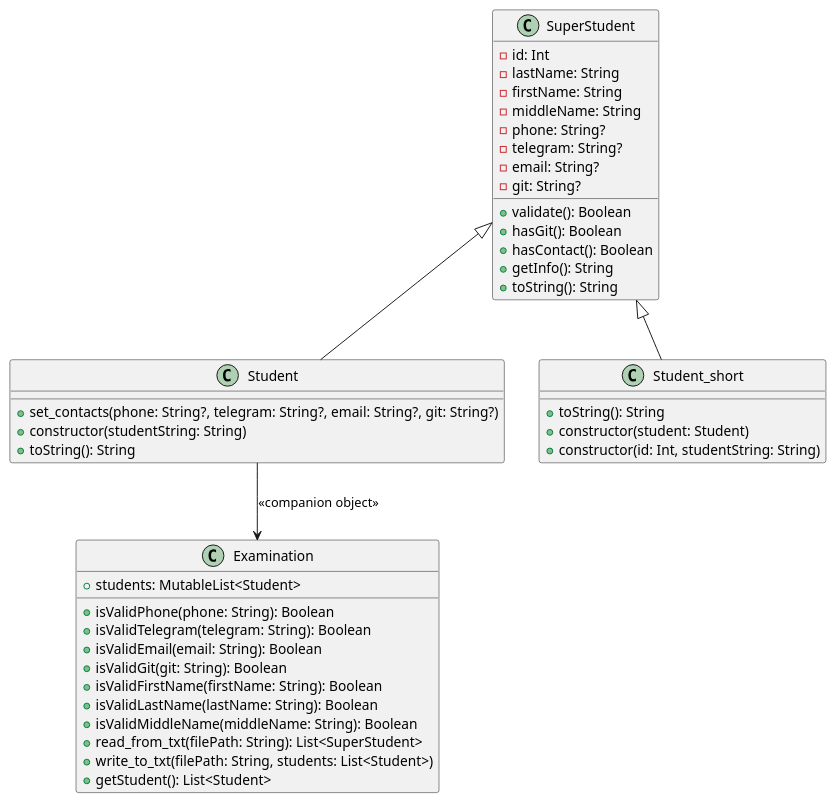
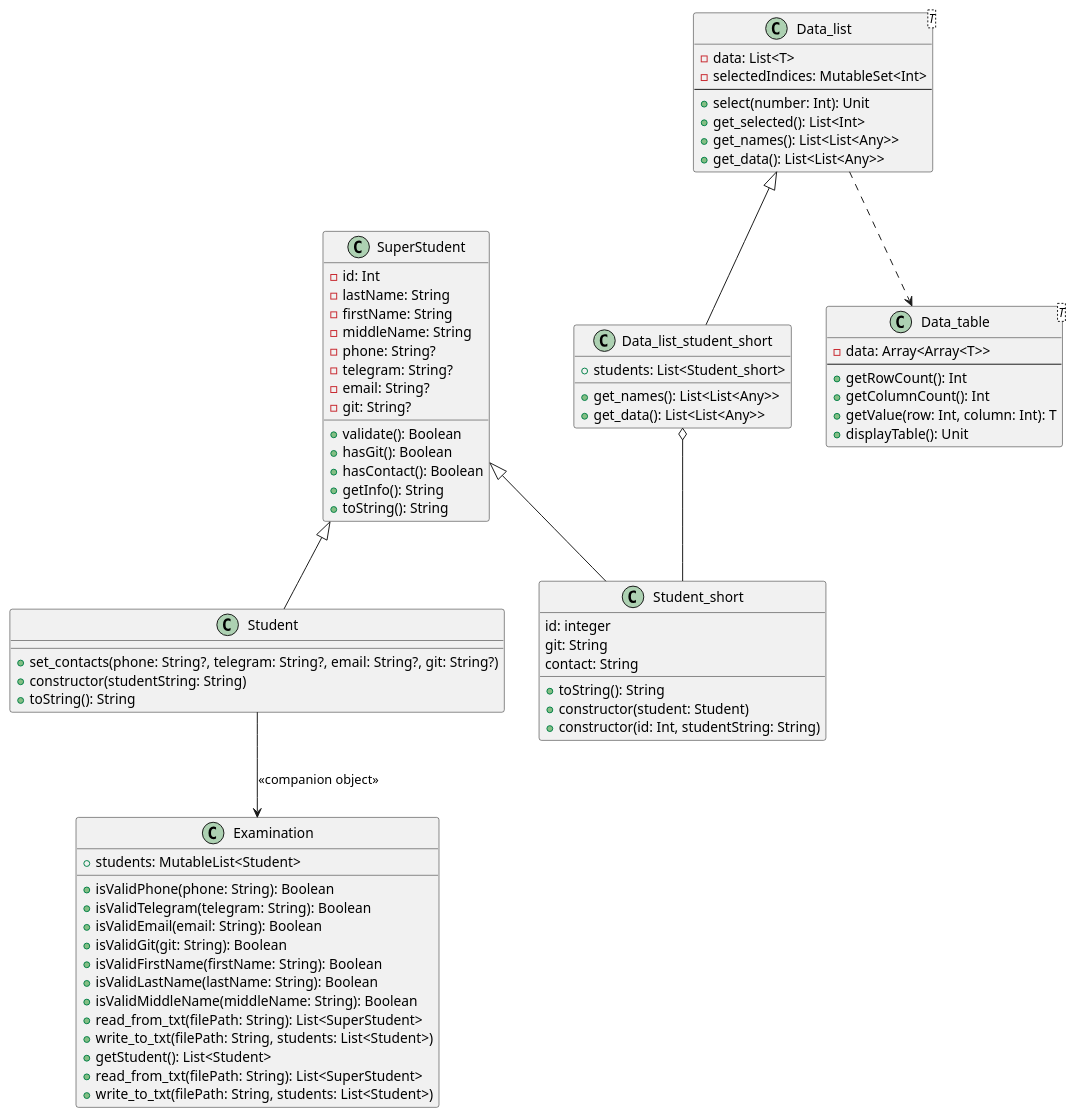
The diagram in LR2 Reading Class models/UML.puml (Sc00taloo/Pattern), drawn with PlantUML before and after one commit.

Commit message:
Task 2.9 - Отметить указанные классы в диаграмме классов

```diff
--- a/LR2 Reading Class models/UML.puml
+++ b/LR2 Reading Class models/UML.puml
@@ -1,47 +1,81 @@
 @startuml
 class SuperStudent {
-        - id: Int
-        - lastName: String
-        - firstName: String
-        - middleName: String
-        - phone: String?
-        - telegram: String?
-        - email: String?
-        - git: String?
+    - id: Int
+    - lastName: String
+    - firstName: String
+    - middleName: String
+    - phone: String?
+    - telegram: String?
+    - email: String?
+    - git: String?
 
-        + validate(): Boolean
-        + hasGit(): Boolean
-        + hasContact(): Boolean
-        + getInfo(): String
-        + toString(): String
+    + validate(): Boolean
+    + hasGit(): Boolean
+    + hasContact(): Boolean
+    + getInfo(): String
+    + toString(): String
 }
 
-    class Student {
-        + set_contacts(phone: String?, telegram: String?, email: String?, git: String?)
-        + constructor(studentString: String)
-        + toString(): String
-    }
+class Student {
+    + set_contacts(phone: String?, telegram: String?, email: String?, git: String?)
+    + constructor(studentString: String)
+    + toString(): String
+}
 
-    class Student_short {
-        + toString(): String
-        + constructor(student: Student)
-        + constructor(id: Int, studentString: String)
-    }
+class Student_short {
+    id: integer
+    git: String
+    contact: String
+    + toString(): String
+    + constructor(student: Student)
+    + constructor(id: Int, studentString: String)
+}
 
-    class Examination {
-        + students: MutableList<Student>
-        + isValidPhone(phone: String): Boolean
-        + isValidTelegram(telegram: String): Boolean
-        + isValidEmail(email: String): Boolean
-        + isValidGit(git: String): Boolean
-        + isValidFirstName(firstName: String): Boolean
-        + isValidLastName(lastName: String): Boolean
-        + isValidMiddleName(middleName: String): Boolean
-        + read_from_txt(filePath: String): List<SuperStudent>
-        + write_to_txt(filePath: String, students: List<Student>)
-        + getStudent(): List<Student>
-    }
+class Data_list<T> {
+    - data: List<T>
+    - selectedIndices: MutableSet<Int>
+--
+    + select(number: Int): Unit
+    + get_selected(): List<Int>
+    + get_names(): List<List<Any>>
+    + get_data(): List<List<Any>>
+}
+
+class Data_list_student_short {
+    + students: List<Student_short>
+    + get_names(): List<List<Any>>
+    + get_data(): List<List<Any>>
+}
+
+class Data_table<T> {
+    - data: Array<Array<T>>
+--
+    + getRowCount(): Int
+    + getColumnCount(): Int
+    + getValue(row: Int, column: Int): T
+    + displayTable(): Unit
+}
+
+class Examination {
+    + students: MutableList<Student>
+    + isValidPhone(phone: String): Boolean
+    + isValidTelegram(telegram: String): Boolean
+    + isValidEmail(email: String): Boolean
+    + isValidGit(git: String): Boolean
+    + isValidFirstName(firstName: String): Boolean
+    + isValidLastName(lastName: String): Boolean
+    + isValidMiddleName(middleName: String): Boolean
+    + read_from_txt(filePath: String): List<SuperStudent>
+    + write_to_txt(filePath: String, students: List<Student>)
+    + getStudent(): List<Student>
+    + read_from_txt(filePath: String): List<SuperStudent>
+    + write_to_txt(filePath: String, students: List<Student>)
+}
+
 Student -down-> Examination : <<companion object>>
 SuperStudent <|-- Student
 SuperStudent <|-- Student_short
+Data_list ^-- Data_list_student_short
+Data_list_student_short o--Student_short
+Data_list ..>Data_table
 @enduml
```
